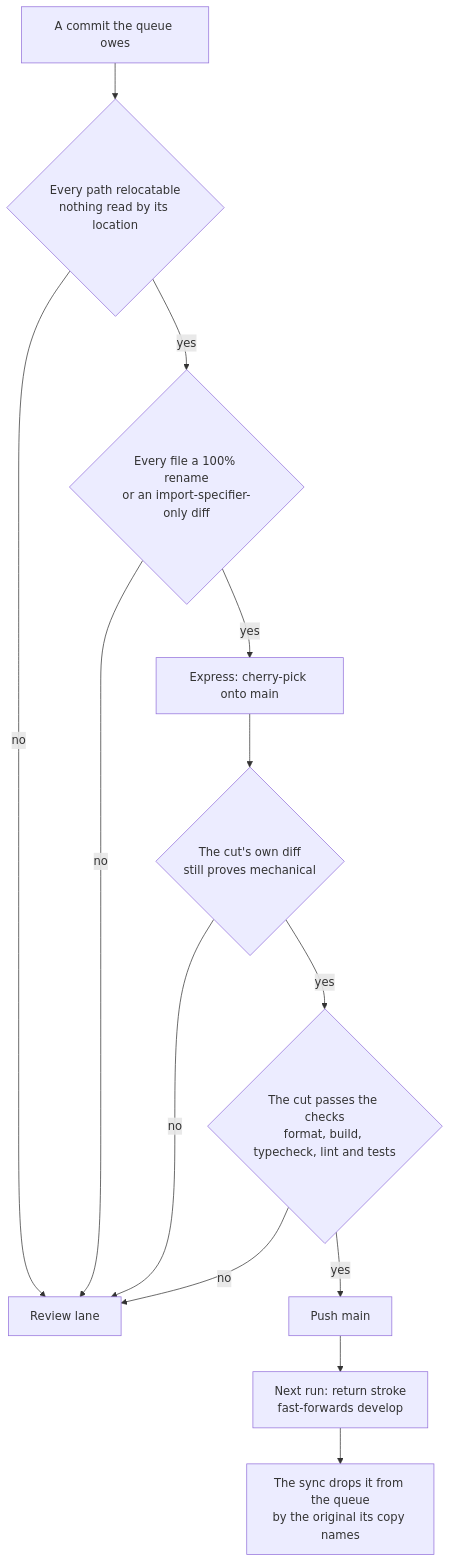
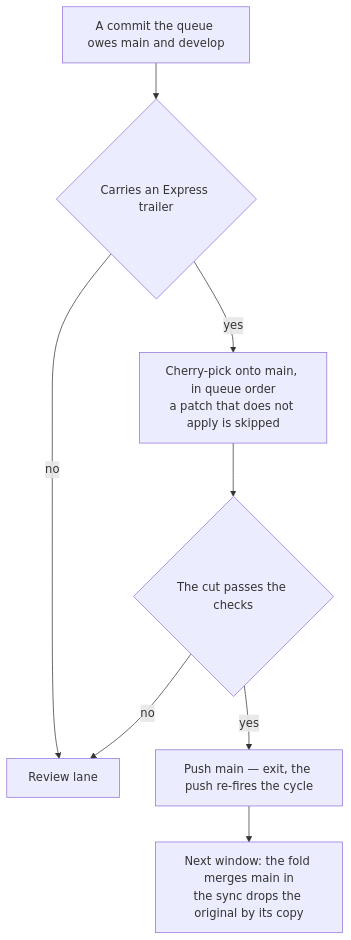
Before and after one commit to Esposter/Esposter: the diagram in apps/web/content/docs/infra/review-collector/express-lane.md, drawn with Mermaid. The commit also changed other lines of this file and 68 other files, not shown here.

First line of the commit message:
feat(coderabbit): the collector never waits on a person — a release verdict, a reshaper for over-cap commits, and an express lane admitted by claim

````diff
--- a/apps/web/content/docs/infra/review-collector/express-lane.md
+++ b/apps/web/content/docs/infra/review-collector/express-lane.md
@@ -17,15 +19,10 @@
 ```mermaid
 flowchart TD
-  C[A commit the queue owes] --> L{Every path relocatable<br/>nothing read by its location}
-  L -->|no| RV[Review lane]
-  L -->|yes| D{Every file a 100% rename<br/>or an import-specifier-only diff}
-  D -->|no| RV
-  D -->|yes| EX[Express: cherry-pick onto main]
-  EX --> P{The cut's own diff<br/>still proves mechanical}
-  P -->|no| RV
-  P -->|yes| V{The cut passes the checks<br/>format, build, typecheck, lint and tests}
+  C[A commit the queue owes main and develop] --> T{Carries an Express trailer}
+  T -->|no| RV[Review lane]
+  T -->|yes| EX[Cherry-pick onto main, in queue order<br/>a patch that does not apply is skipped]
+  EX --> V{The cut passes the checks}
   V -->|no| RV
-  V -->|yes| PU[Push main]
-  PU --> FF[Next run: return stroke<br/>fast-forwards develop]
-  FF --> RB[The sync drops it from the queue<br/>by the original its copy names]
+  V -->|yes| PU[Push main — exit, the push re-fires the cycle]
+  PU --> FO[Next window: the fold merges main in<br/>the sync drops the original by its copy]
 ```
````
